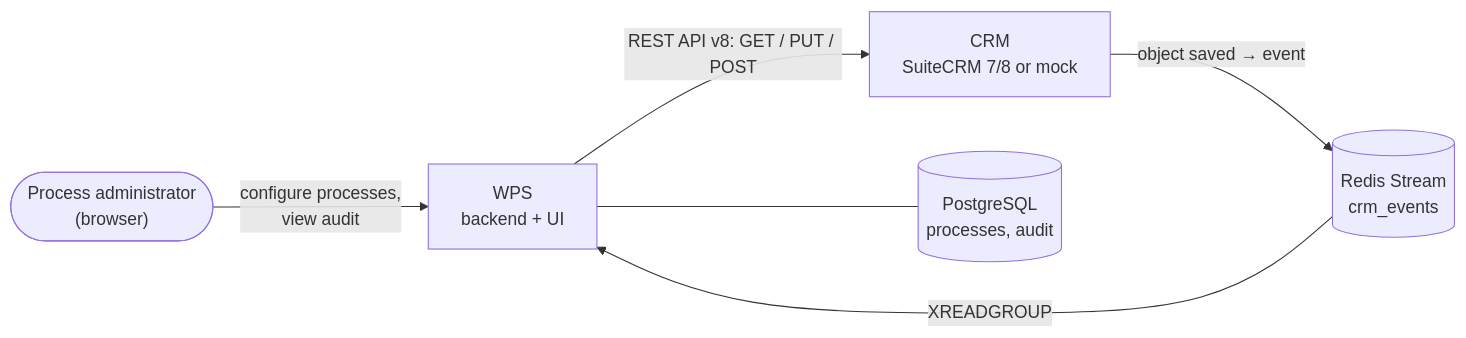
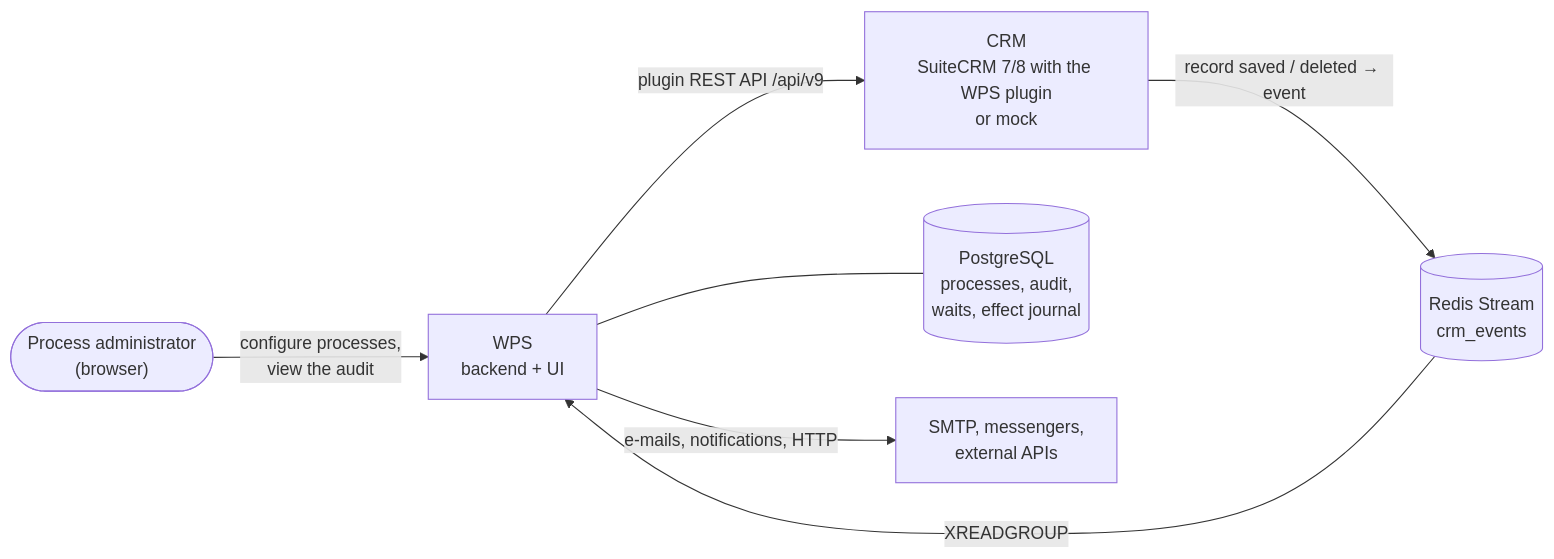
One commit to madarch-labs/Workflow-Processing-Service changed the diagram in doc/en/01-overview/index.md. Above: the diagram before and after it, drawn with Mermaid. The commit also changed other lines of this file and 470 other files, not shown here.

````diff
--- a/doc/en/01-overview/index.md
+++ b/doc/en/01-overview/index.md
@@ -58,14 +143,16 @@
 ```mermaid
 flowchart LR
     user(["Process administrator<br/>(browser)"])
-    crm["CRM<br/>SuiteCRM 7/8 or mock"]
+    crm["CRM<br/>SuiteCRM 7/8 with the WPS plugin<br/>or mock"]
     stream[("Redis Stream<br/>crm_events")]
     wps["WPS<br/>backend + UI"]
-    db[("PostgreSQL<br/>processes, audit")]
+    db[("PostgreSQL<br/>processes, audit,<br/>waits, effect journal")]
+    ext["SMTP, messengers,<br/>external APIs"]
 
-    crm -- "object saved → event" --> stream
+    crm -- "record saved / deleted → event" --> stream
     stream -- "XREADGROUP" --> wps
-    wps -- "REST API v8: GET / PUT / POST" --> crm
+    wps -- "plugin REST API /api/v9" --> crm
+    wps -- "e-mails, notifications, HTTP" --> ext
     wps --- db
-    user -- "configure processes,<br/>view audit" --> wps
+    user -- "configure processes,<br/>view the audit" --> wps
 ```
````
